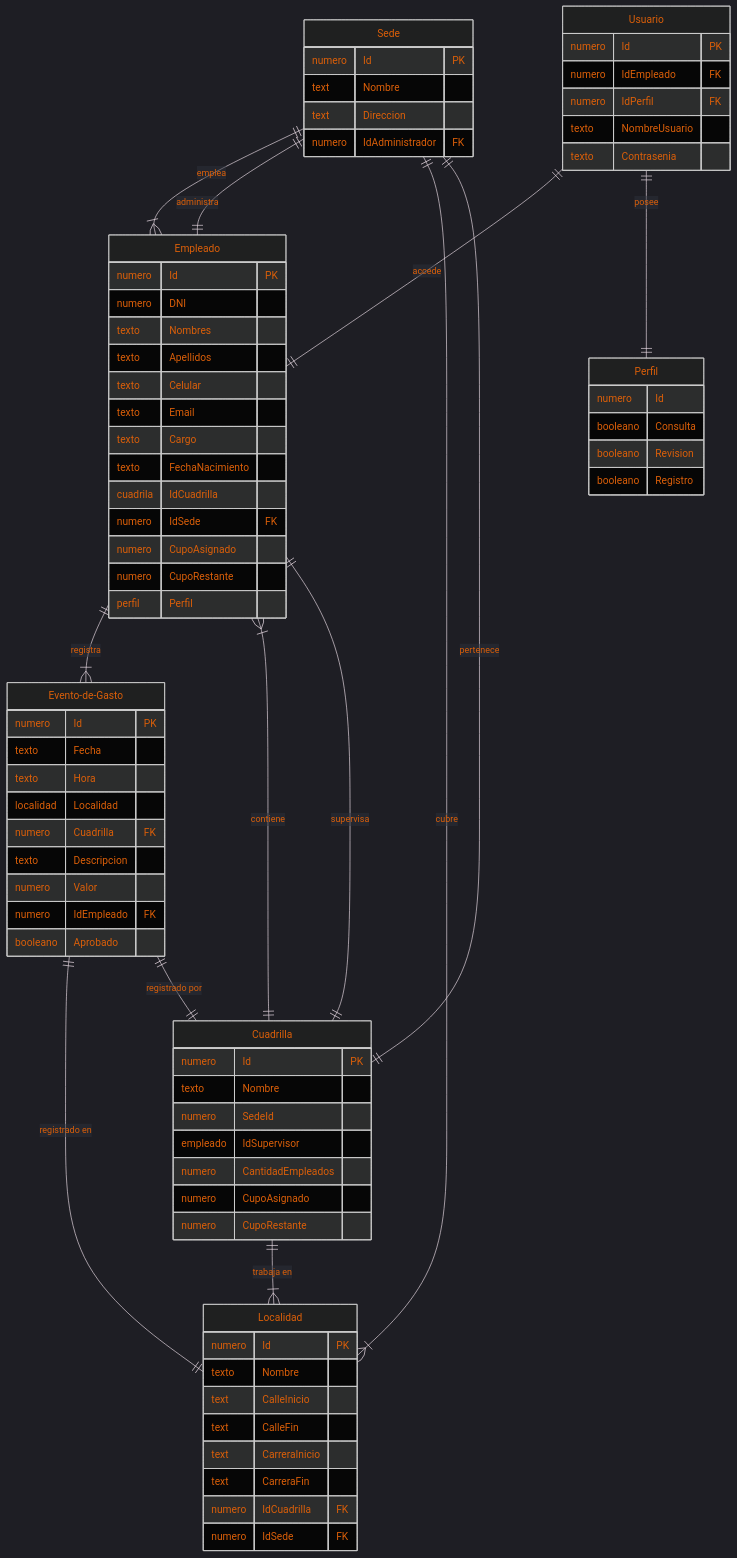
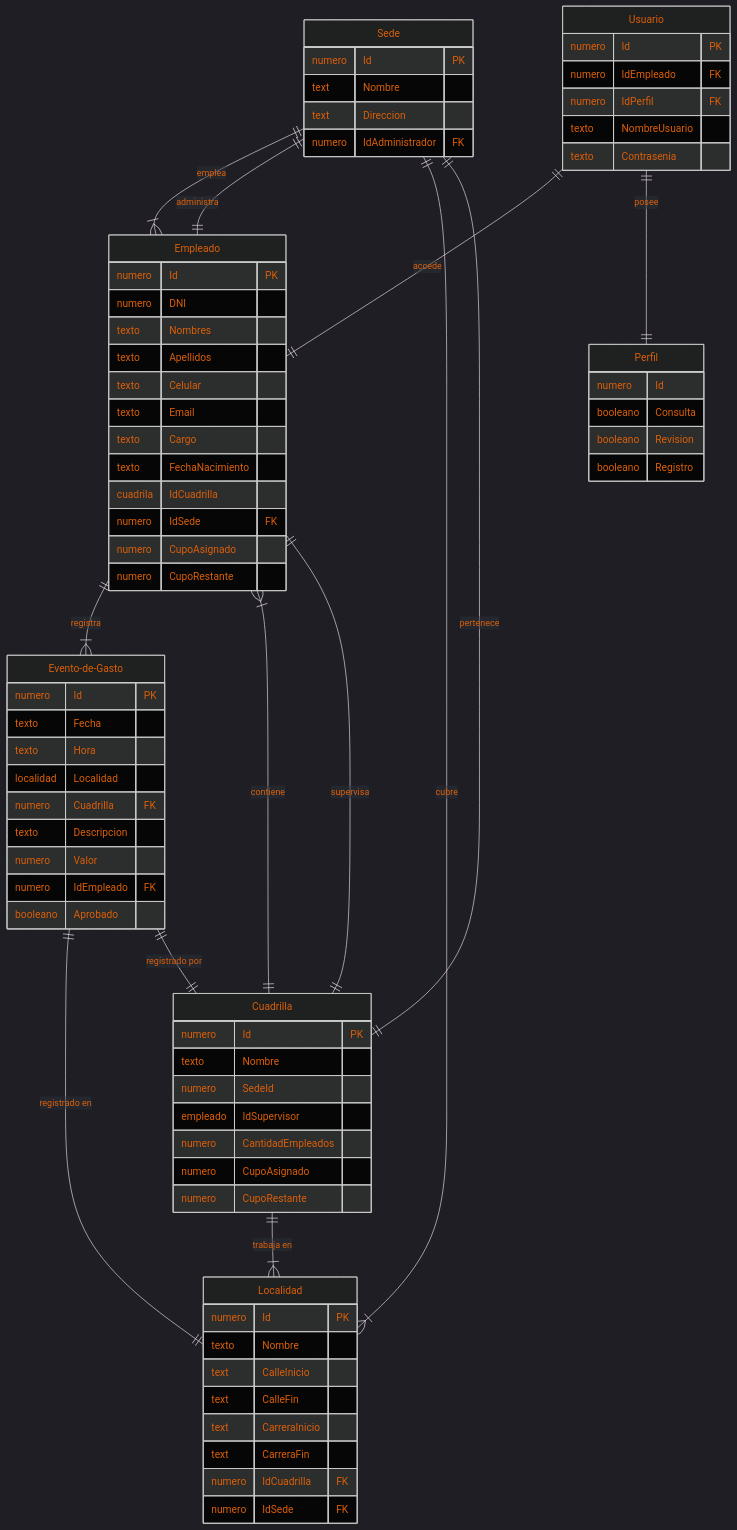
One commit to sfelipehh/ProgramacionAplicada changed the third of 3 diagrams in README.md. Above: the diagram before and after it, drawn with Mermaid.

```diff
--- a/README.md
+++ b/README.md
@@ -167,7 +167,6 @@
         numero IdSede FK
         numero CupoAsignado
         numero CupoRestante
-        perfil Perfil
     }
     
     Evento-de-Gasto {
```
